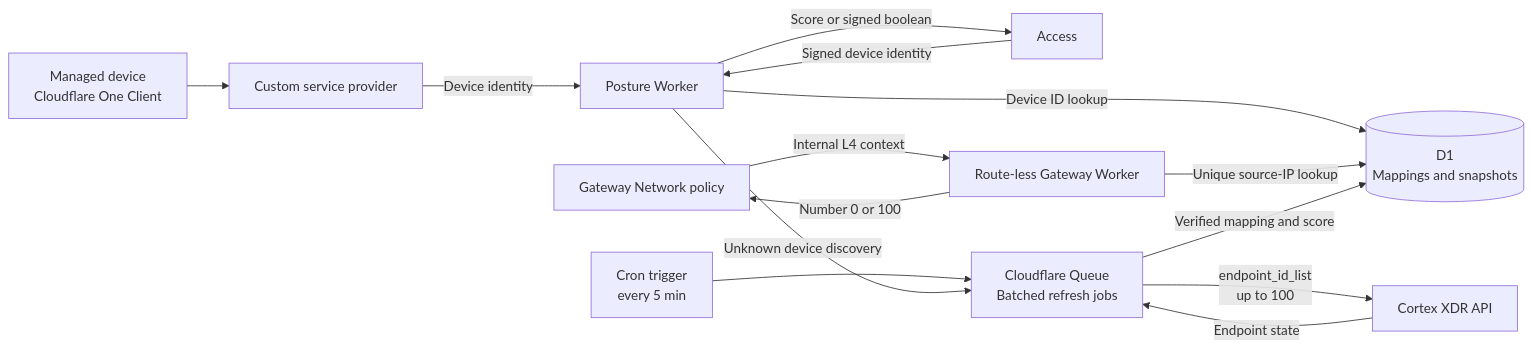
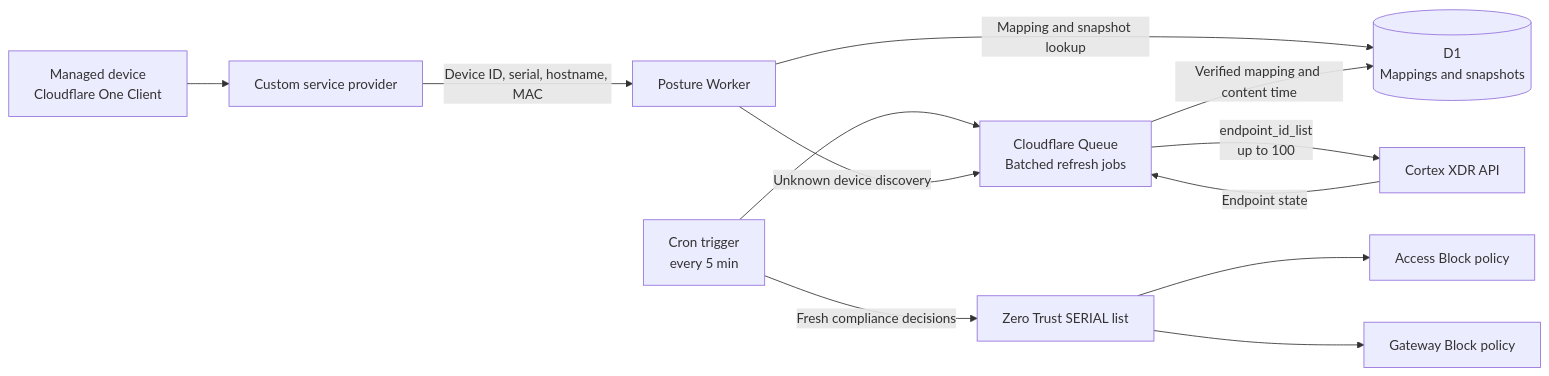
The diagram in docs/architecture.mmd (pongpisit/cloudflare-cortex-posture-worker), drawn with Mermaid before and after one commit. The commit also changed 24 other files, not shown here.

Commit message:
Replace posture adapters with serial denylist

```diff
--- a/docs/architecture.mmd
+++ b/docs/architecture.mmd
@@ -1,14 +1,12 @@
 flowchart LR
   D[Managed device\nCloudflare One Client] --> CF[Custom service provider]
-  CF -->|Device identity| W[Posture Worker]
-  A[Access] -->|Signed device identity| W
-  G[Gateway Network policy] -->|Internal L4 context| GW[Route-less Gateway Worker]
-  W -->|Device ID lookup| DB[(D1\nMappings and snapshots)]
-  GW -->|Unique source-IP lookup| DB
-  W -->|Score or signed boolean| A
-  GW -->|Number 0 or 100| G
+  CF -->|Device ID, serial, hostname, MAC| W[Posture Worker]
+  W -->|Mapping and snapshot lookup| DB[(D1\nMappings and snapshots)]
   CRON[Cron trigger\nevery 5 min] --> Q[Cloudflare Queue\nBatched refresh jobs]
+  CRON -->|Fresh compliance decisions| L[Zero Trust SERIAL list]
   W -->|Unknown device discovery| Q
   Q -->|endpoint_id_list\nup to 100| X[Cortex XDR API]
   X -->|Endpoint state| Q
-  Q -->|Verified mapping and score| DB
+  Q -->|Verified mapping and content time| DB
+  L --> A[Access Block policy]
+  L --> G[Gateway Block policy]
```
